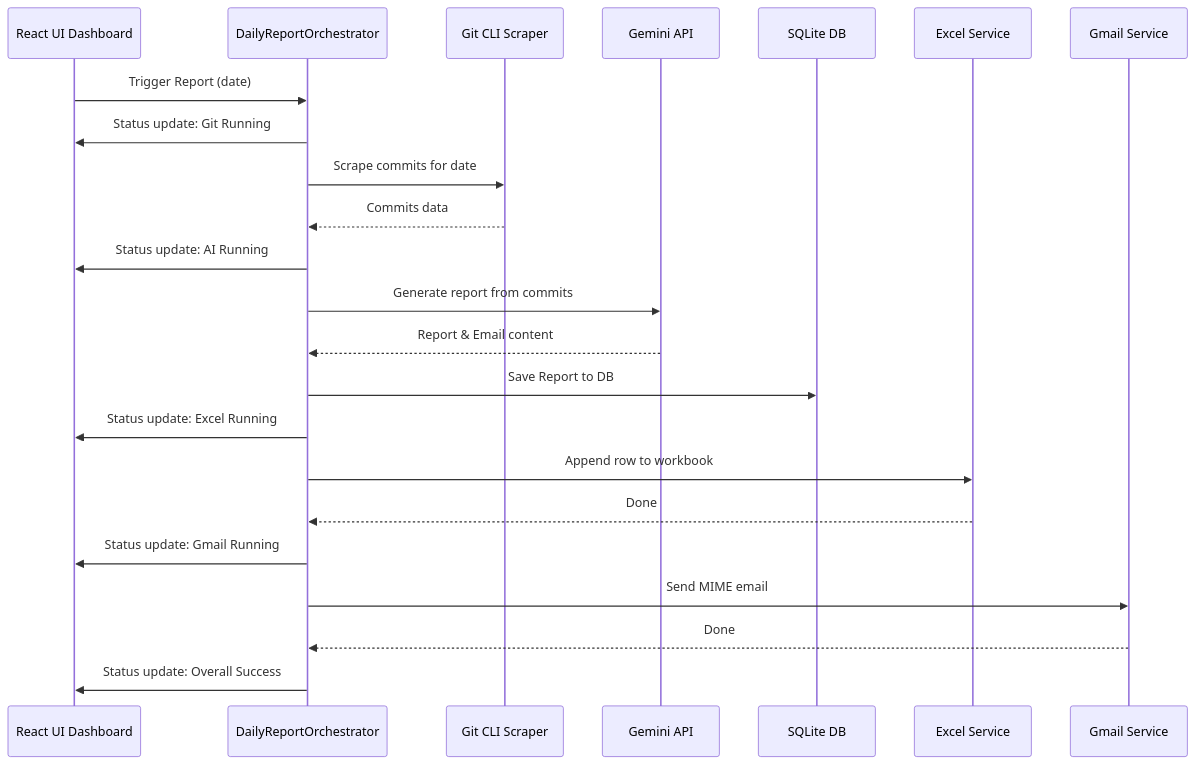
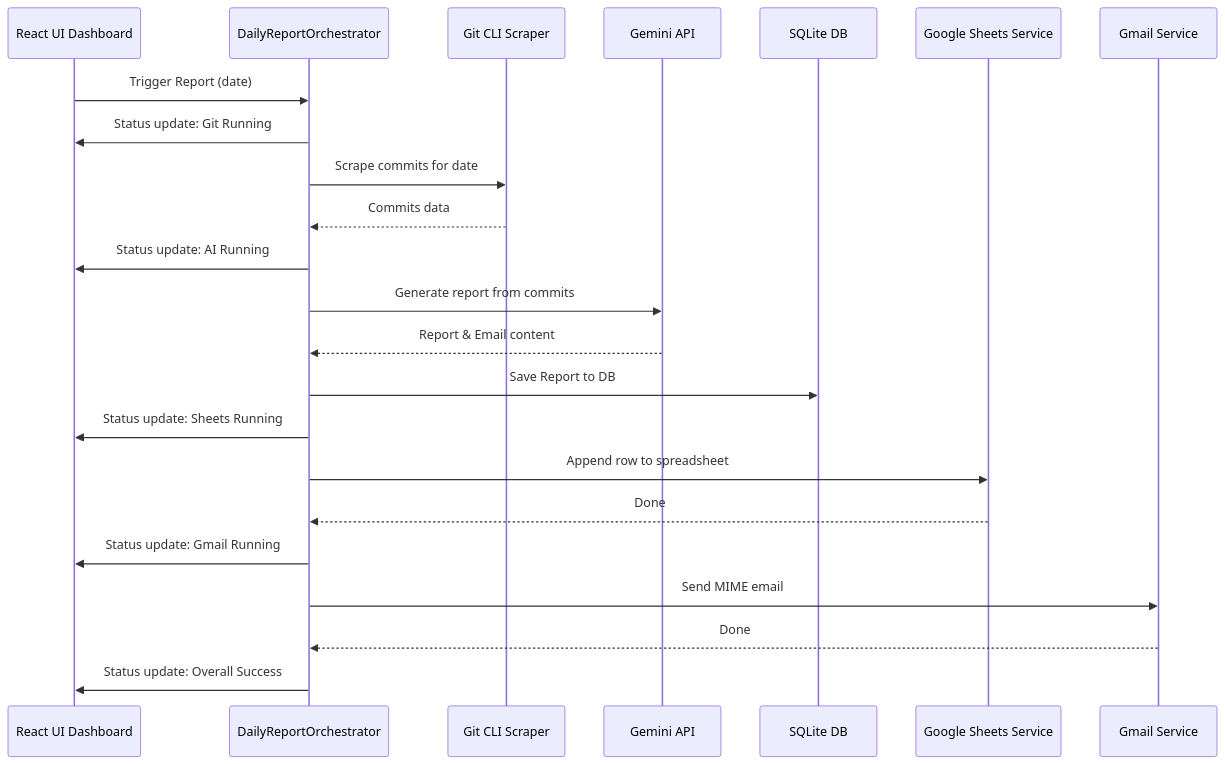
The diagram in docs/WORKFLOW.md (abhi-jithb/Thalavedana), drawn with Mermaid before and after one commit. The commit also changed other lines of this file and 14 other files, not shown here.

Commit message:
refactor: replace exceljs integration with native Google Sheets API integration

````diff
--- a/docs/WORKFLOW.md
+++ b/docs/WORKFLOW.md
@@ -5,26 +5,26 @@
 ```mermaid
 sequenceDiagram
     participant UI as React UI Dashboard
     participant Orchestrator as DailyReportOrchestrator
     participant Git as Git CLI Scraper
     participant LLM as Gemini API
     participant DB as SQLite DB
-    participant Excel as Excel Service
+    participant Sheets as Google Sheets Service
     participant Gmail as Gmail Service
 
     UI->>Orchestrator: Trigger Report (date)
     Orchestrator->>UI: Status update: Git Running
     Orchestrator->>Git: Scrape commits for date
     Git-->>Orchestrator: Commits data
     Orchestrator->>UI: Status update: AI Running
     Orchestrator->>LLM: Generate report from commits
     LLM-->>Orchestrator: Report & Email content
     Orchestrator->>DB: Save Report to DB
-    Orchestrator->>UI: Status update: Excel Running
-    Orchestrator->>Excel: Append row to workbook
-    Excel-->>Orchestrator: Done
+    Orchestrator->>UI: Status update: Sheets Running
+    Orchestrator->>Sheets: Append row to spreadsheet
+    Sheets-->>Orchestrator: Done
     Orchestrator->>UI: Status update: Gmail Running
     Orchestrator->>Gmail: Send MIME email
     Gmail-->>Orchestrator: Done
     Orchestrator->>UI: Status update: Overall Success
 ```
````
